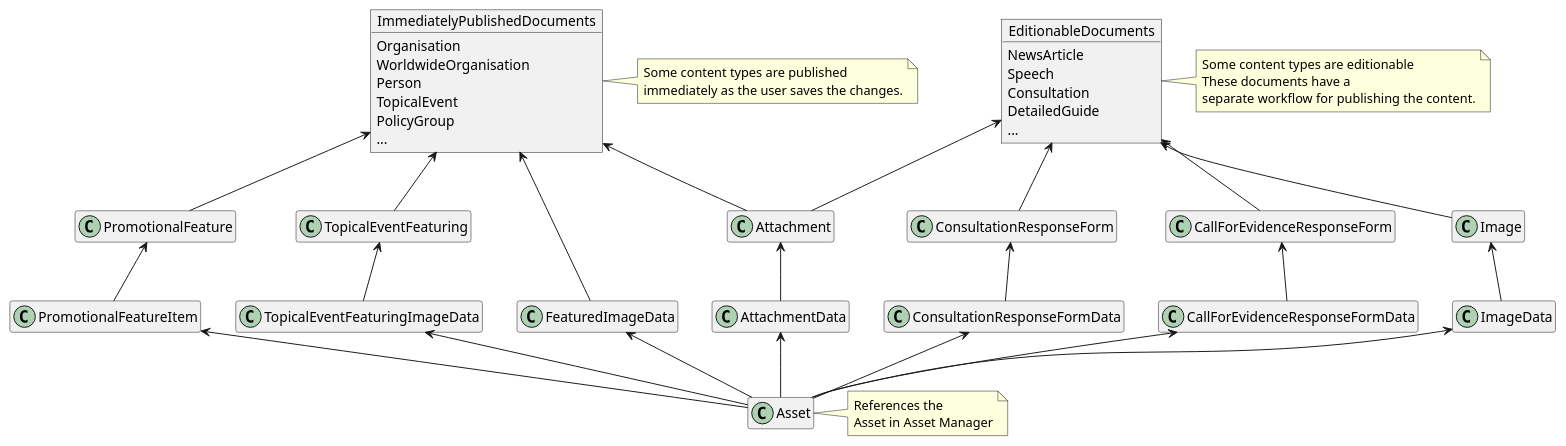
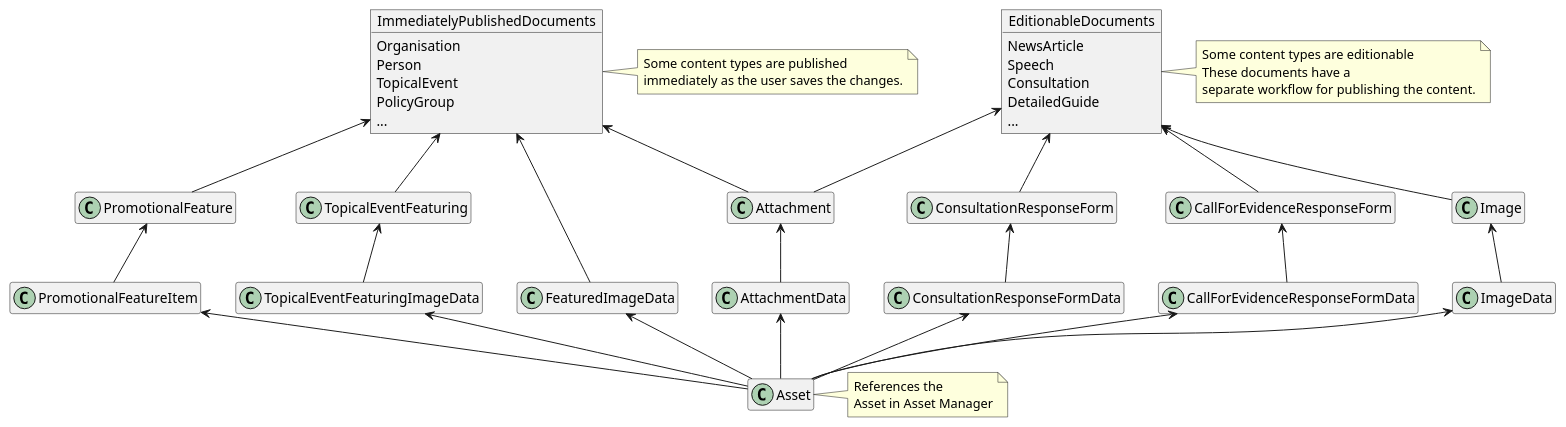
One commit to alphagov/whitehall changed the diagram in docs/diagrams/asset_models.puml. Above: the diagram before and after it, drawn with PlantUML. The commit also changed 22 other files, not shown here.

First line of the commit message:
Remove `WorldwideOrganisation`

```diff
--- a/docs/diagrams/asset_models.puml
+++ b/docs/diagrams/asset_models.puml
@@ -1,55 +1,54 @@
 @startuml asset-models
 allowmixing
 hide empty members
 
 object ImmediatelyPublishedDocuments {
  Organisation
- WorldwideOrganisation
  Person
  TopicalEvent
  PolicyGroup
  ...
 }
 note right: Some content types are published\nimmediately as the user saves the changes.
 
 object EditionableDocuments {
  NewsArticle
  Speech
  Consultation
  DetailedGuide
  ...
 }
 note right: Some content types are editionable\nThese documents have a\nseparate workflow for publishing the content.
 
 class FeaturedImageData
 class Asset
 note right: References the\nAsset in Asset Manager
 
 Attachment -up-> EditionableDocuments
 Attachment -up-> ImmediatelyPublishedDocuments
 AttachmentData -up-> Attachment
 Asset -up-> AttachmentData
 
 Image -up-> EditionableDocuments
 ImageData -up-> Image
 Asset -up-> ImageData
 
 FeaturedImageData -up-> ImmediatelyPublishedDocuments
 Asset -up-> FeaturedImageData
 
 CallForEvidenceResponseForm -up-> EditionableDocuments
 CallForEvidenceResponseFormData -up-> CallForEvidenceResponseForm
 Asset -up-> CallForEvidenceResponseFormData
 
 ConsultationResponseForm -up-> EditionableDocuments
 ConsultationResponseFormData -up-> ConsultationResponseForm
 Asset -up-> ConsultationResponseFormData
 
 TopicalEventFeaturing -up-> ImmediatelyPublishedDocuments
 TopicalEventFeaturingImageData -up-> TopicalEventFeaturing
 Asset -up-> TopicalEventFeaturingImageData
 
 PromotionalFeature -up-> ImmediatelyPublishedDocuments
 PromotionalFeatureItem -up-> PromotionalFeature
 Asset -up-> PromotionalFeatureItem
 @enduml
```
